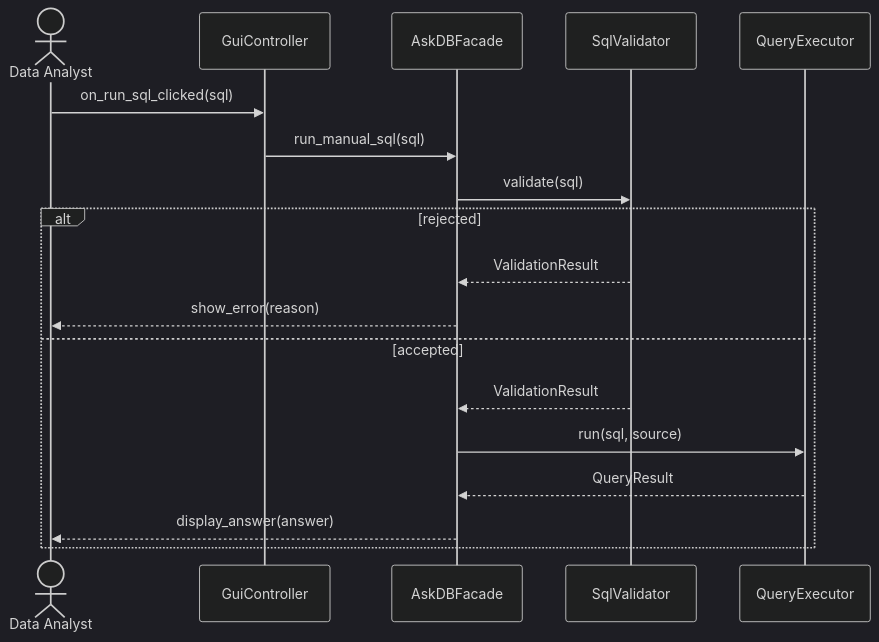
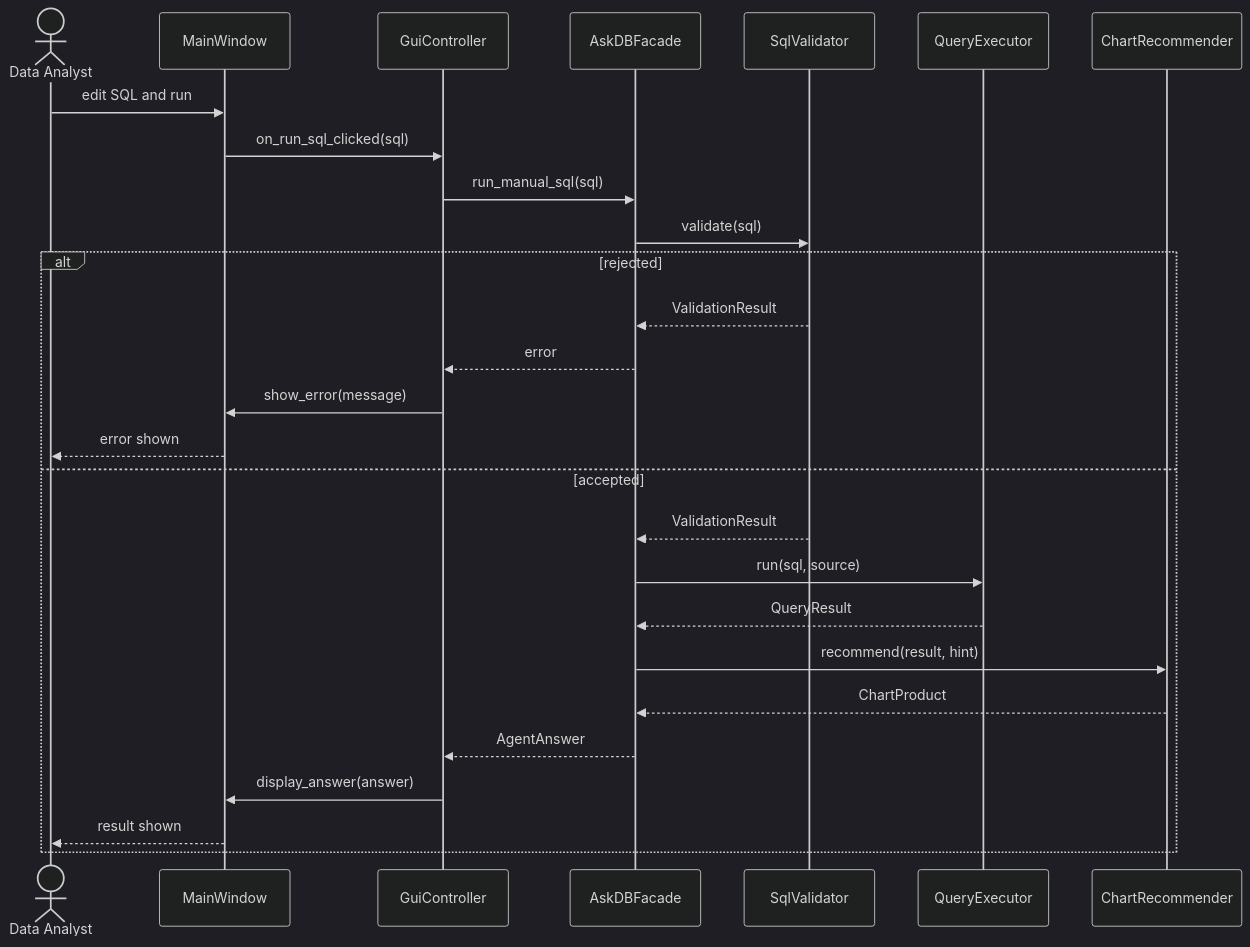
One commit to krishi-shah/AskDB-Data-Analyst-Agent changed diagram 11 of 15 in docs/Stage1_Design_Report.md. Above: the diagram before and after it, drawn with Mermaid (dark theme). The commit also changed other lines of this file, not shown here.

Commit message:
Complete the Stage 1 diagrams with the window, actors, and multiplicities.

````diff
--- a/docs/Stage1_Design_Report.md
+++ b/docs/Stage1_Design_Report.md
@@ -1135,21 +1240,30 @@
 ```mermaid
 sequenceDiagram
     actor A as Data Analyst
+    participant MW as MainWindow
     participant GC as GuiController
     participant F as AskDBFacade
     participant V as SqlValidator
     participant QE as QueryExecutor
+    participant CR as ChartRecommender
 
-    A->>GC: on_run_sql_clicked(sql)
+    A->>MW: edit SQL and run
+    MW->>GC: on_run_sql_clicked(sql)
     GC->>F: run_manual_sql(sql)
     F->>V: validate(sql)
     alt rejected
         V-->>F: ValidationResult
-        F-->>A: show_error(reason)
+        F-->>GC: error
+        GC->>MW: show_error(message)
+        MW-->>A: error shown
     else accepted
         V-->>F: ValidationResult
         F->>QE: run(sql, source)
         QE-->>F: QueryResult
-        F-->>A: display_answer(answer)
+        F->>CR: recommend(result, hint)
+        CR-->>F: ChartProduct
+        F-->>GC: AgentAnswer
+        GC->>MW: display_answer(answer)
+        MW-->>A: result shown
     end
 ```
````
